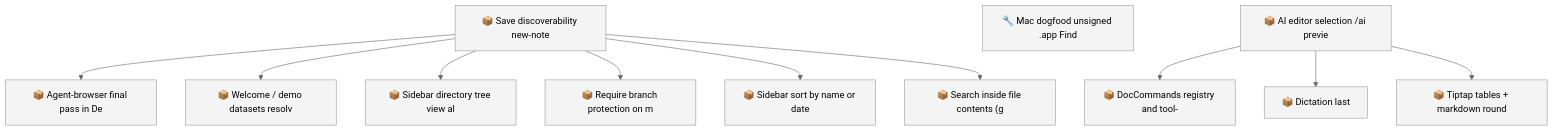
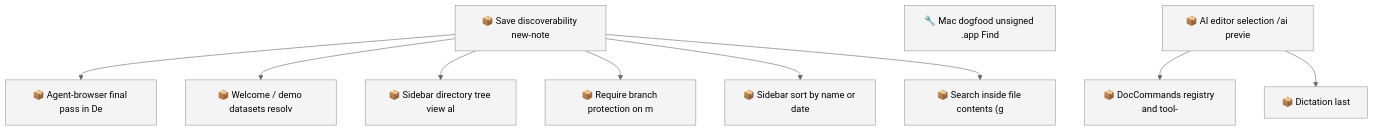
Before and after one commit to SpillwaveSolutions/motion: the first of 2 diagrams in docs/roadmap.md, drawn with Mermaid (neutral theme). The commit also changed other lines of this file and 26 other files, not shown here.

First line of the commit message:
feat: Tiptap tables with GFM markdown round-trip (#45)

````diff
--- a/docs/roadmap.md
+++ b/docs/roadmap.md
@@ -80,26 +78,24 @@
 ```mermaid
 graph TD
     01KYQYYN3SBWDT25TC6H3G4EAA["📦 Save discoverability new-note"]
     01KYQYYN3T2SSGG33ESEWPXKH8["📦 Agent-browser final pass in De"]
     01KYQYYN3T3VB8RCTMJJ13FK2H["📦 Welcome / demo datasets resolv"]
     01KYQYYN3T5W49QH05WCCYX7CE["📦 Sidebar directory tree view al"]
     01KYQYYN3T731B57N8NXQ8C0FQ["📦 Require branch protection on m"]
     01KYQYYN3TA69K8848E483HC82["📦 Sidebar sort by name or date"]
     01KYQYYN3TKW93D9SVW07VKFZY["📦 Search inside file contents (g"]
     01M18Q560MPAYQJTA0W6F4DAW3["🔧 Mac dogfood unsigned .app Find"]
     01M18R79ZM3BMYZ56C7P874YN1["📦 DocCommands registry and tool-"]
     01M18R79ZM90HJ0MBG3CX6VW7E["📦 Dictation last"]
-    01M18R79ZMK0DX0PE2DPWMZ60D["📦 Tiptap tables + markdown round"]
     01M18R79ZMN53CMV76JFHKVEFN["📦 AI editor selection /ai previe"]
     01KYQYYN3SBWDT25TC6H3G4EAA --> 01KYQYYN3T2SSGG33ESEWPXKH8
     01KYQYYN3SBWDT25TC6H3G4EAA --> 01KYQYYN3T3VB8RCTMJJ13FK2H
     01KYQYYN3SBWDT25TC6H3G4EAA --> 01KYQYYN3T5W49QH05WCCYX7CE
     01KYQYYN3SBWDT25TC6H3G4EAA --> 01KYQYYN3T731B57N8NXQ8C0FQ
     01KYQYYN3SBWDT25TC6H3G4EAA --> 01KYQYYN3TA69K8848E483HC82
     01KYQYYN3SBWDT25TC6H3G4EAA --> 01KYQYYN3TKW93D9SVW07VKFZY
     01M18R79ZMN53CMV76JFHKVEFN --> 01M18R79ZM3BMYZ56C7P874YN1
     01M18R79ZMN53CMV76JFHKVEFN --> 01M18R79ZM90HJ0MBG3CX6VW7E
-    01M18R79ZMN53CMV76JFHKVEFN --> 01M18R79ZMK0DX0PE2DPWMZ60D
     classDef todo fill:#f4f4f4,stroke:#999999
-    class 01KYQYYN3SBWDT25TC6H3G4EAA,01KYQYYN3T2SSGG33ESEWPXKH8,01KYQYYN3T3VB8RCTMJJ13FK2H,01KYQYYN3T5W49QH05WCCYX7CE,01KYQYYN3T731B57N8NXQ8C0FQ,01KYQYYN3TA69K8848E483HC82,01KYQYYN3TKW93D9SVW07VKFZY,01M18Q560MPAYQJTA0W6F4DAW3,01M18R79ZM3BMYZ56C7P874YN1,01M18R79ZM90HJ0MBG3CX6VW7E,01M18R79ZMK0DX0PE2DPWMZ60D,01M18R79ZMN53CMV76JFHKVEFN todo
+    class 01KYQYYN3SBWDT25TC6H3G4EAA,01KYQYYN3T2SSGG33ESEWPXKH8,01KYQYYN3T3VB8RCTMJJ13FK2H,01KYQYYN3T5W49QH05WCCYX7CE,01KYQYYN3T731B57N8NXQ8C0FQ,01KYQYYN3TA69K8848E483HC82,01KYQYYN3TKW93D9SVW07VKFZY,01M18Q560MPAYQJTA0W6F4DAW3,01M18R79ZM3BMYZ56C7P874YN1,01M18R79ZM90HJ0MBG3CX6VW7E,01M18R79ZMN53CMV76JFHKVEFN todo
 ```
````
